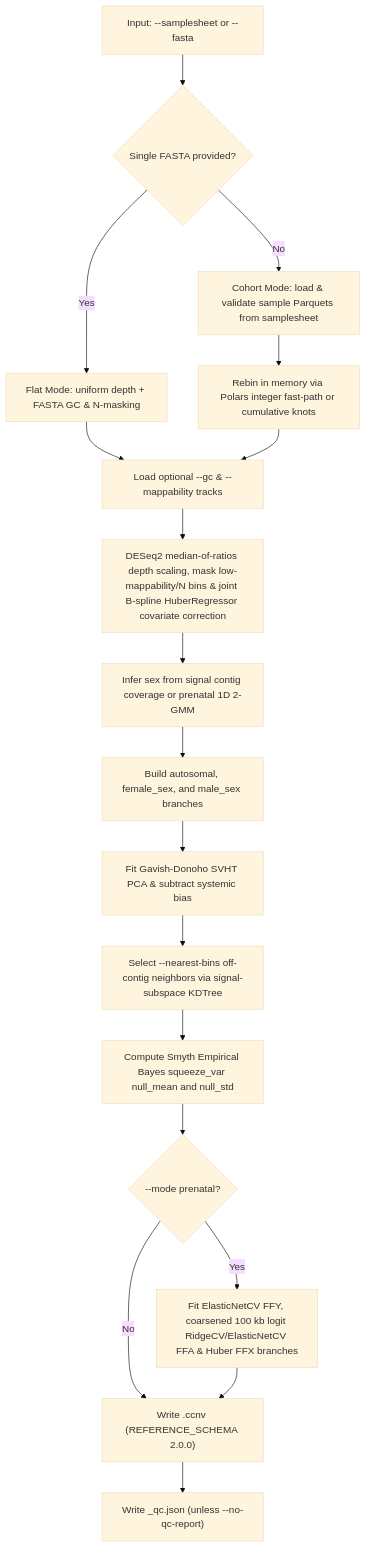
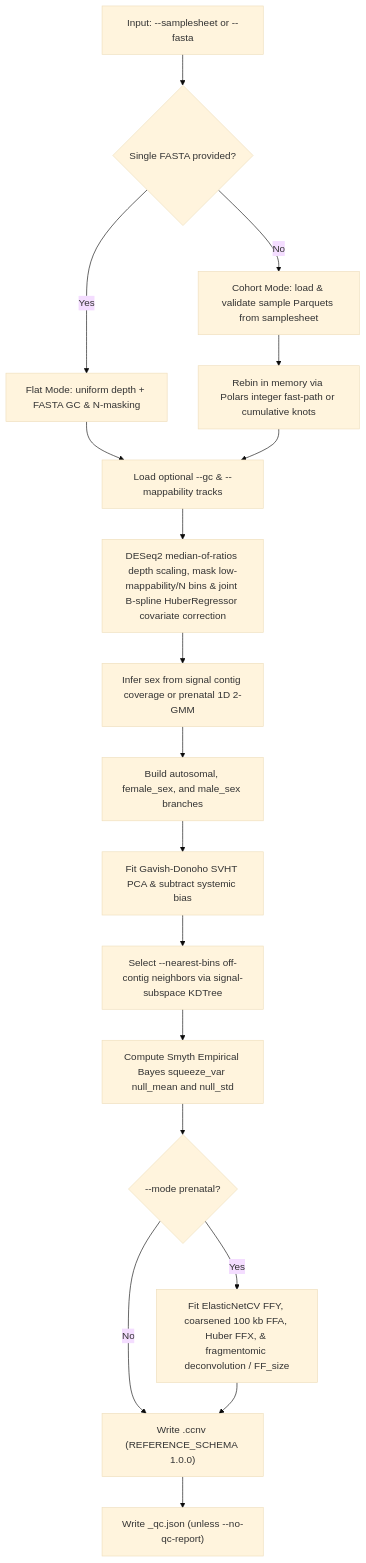
One commit to matthdsm/ccnv changed the third of 4 diagrams in docs/pipeline.md. Above: the diagram before and after it, drawn with Mermaid (base theme). The commit also changed other lines of this file and 67 other files, not shown here.

````diff
--- a/docs/pipeline.md
+++ b/docs/pipeline.md
@@ -55,20 +56,20 @@
 ```mermaid
 flowchart TD
     InputArg["Input: --samplesheet or --fasta"] --> ModeDecision{"Single FASTA provided?"}
     ModeDecision -- Yes --> FlatMode["Flat Mode: uniform depth + FASTA GC & N-masking"]
     ModeDecision -- No --> CohortMode["Cohort Mode: load & validate sample Parquets from samplesheet"]
     CohortMode --> RebinCheck["Rebin in memory via Polars integer fast-path or cumulative knots"]
     FlatMode --> CovTrack["Load optional --gc & --mappability tracks"]
     RebinCheck --> CovTrack
     CovTrack --> DepthNorm["DESeq2 median-of-ratios depth scaling, mask low-mappability/N bins & joint B-spline HuberRegressor covariate correction"]
     DepthNorm --> SexInference["Infer sex from signal contig coverage or prenatal 1D 2-GMM"]
     SexInference --> BranchPartition["Build autosomal, female_sex, and male_sex branches"]
     BranchPartition --> FitPCA["Fit Gavish-Donoho SVHT PCA & subtract systemic bias"]
     FitPCA --> FitNearest["Select --nearest-bins off-contig neighbors via signal-subspace KDTree"]
     FitNearest --> FitNull["Compute Smyth Empirical Bayes squeeze_var null_mean and null_std"]
     FitNull --> PrenatalCheck{"--mode prenatal?"}
-    PrenatalCheck -- Yes --> FitPrenatal["Fit ElasticNetCV FFY, coarsened 100 kb logit RidgeCV/ElasticNetCV FFA & Huber FFX branches"]
-    PrenatalCheck -- No --> WriteRef["Write <prefix>.ccnv (REFERENCE_SCHEMA 2.0.0)"]
+    PrenatalCheck -- Yes --> FitPrenatal["Fit ElasticNetCV FFY, coarsened 100 kb FFA, Huber FFX, & fragmentomic deconvolution / FF_size"]
+    PrenatalCheck -- No --> WriteRef["Write <prefix>.ccnv (REFERENCE_SCHEMA 1.0.0)"]
     FitPrenatal --> WriteRef
     WriteRef --> WriteQC["Write <prefix>_qc.json (unless --no-qc-report)"]
 ```
````
